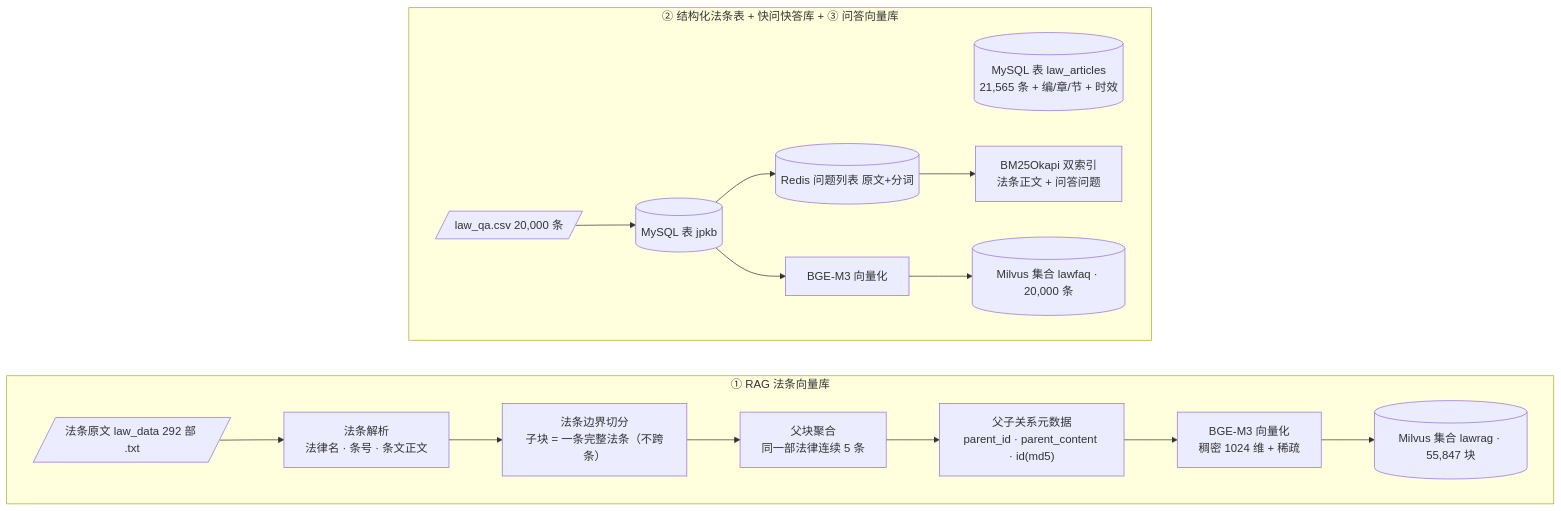
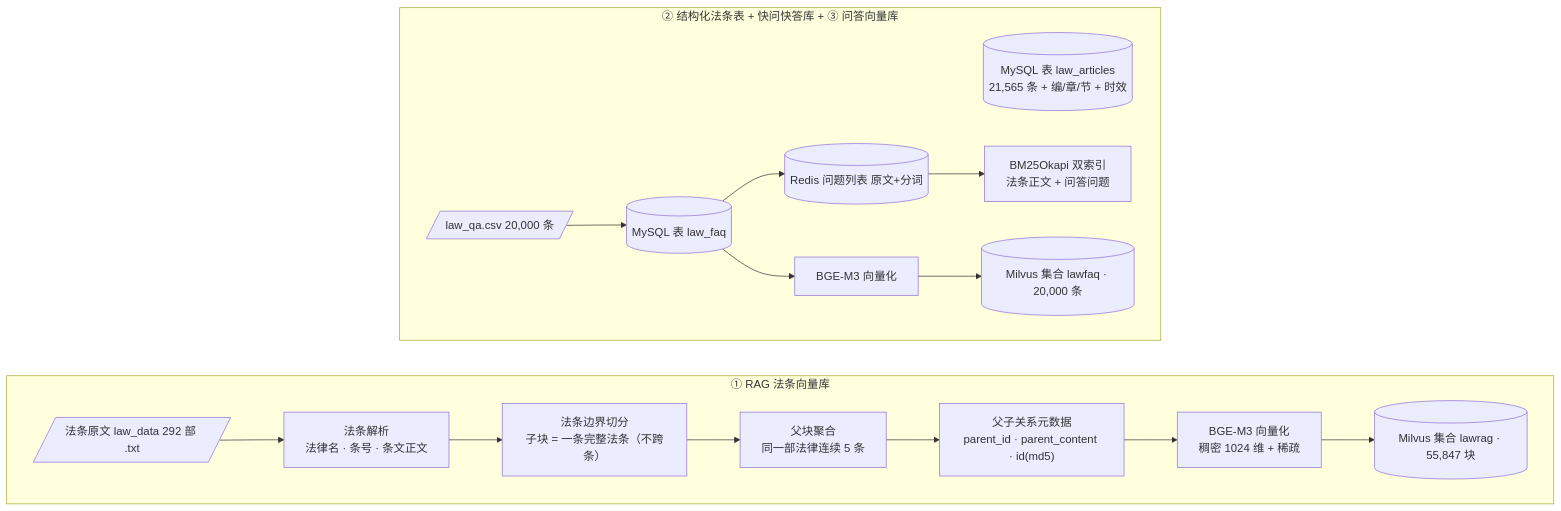
One commit to yanxiao-ci/lawrag changed the second of 4 diagrams in docs/RAG项目流程图说明.md. Above: the diagram before and after it, drawn with Mermaid. The commit also changed other lines of this file and 39 other files, not shown here.

````diff
--- a/docs/RAG项目流程图说明.md
+++ b/docs/RAG项目流程图说明.md
@@ -138,20 +138,20 @@
 ```mermaid
 flowchart LR
   subgraph S1[① RAG 法条向量库]
     direction LR
     A1[/法条原文 law_data 292 部 .txt/] --> A2["法条解析<br/>法律名 · 条号 · 条文正文"]
     A2 --> A3["法条边界切分<br/>子块 = 一条完整法条（不跨条）"]
     A3 --> A4["父块聚合<br/>同一部法律连续 5 条"]
     A4 --> A5["父子关系元数据<br/>parent_id · parent_content · id(md5)"]
     A5 --> A6["BGE-M3 向量化<br/>稠密 1024 维 + 稀疏"]
     A6 --> A7[(Milvus 集合 lawrag · 55,847 块)]
   end
   subgraph S2[② 结构化法条表 + 快问快答库 + ③ 问答向量库]
     direction LR
     B1[(MySQL 表 law_articles<br/>21,565 条 + 编/章/节 + 时效)]
-    B2[/law_qa.csv 20,000 条/] --> B3[(MySQL 表 jpkb)]
+    B2[/law_qa.csv 20,000 条/] --> B3[(MySQL 表 law_faq)]
     B3 --> B4[(Redis 问题列表 原文+分词)]
     B4 --> B5["BM25Okapi 双索引<br/>法条正文 + 问答问题"]
     B3 --> B6["BGE-M3 向量化"] --> B7[(Milvus 集合 lawfaq · 20,000 条)]
   end
 ```
````
